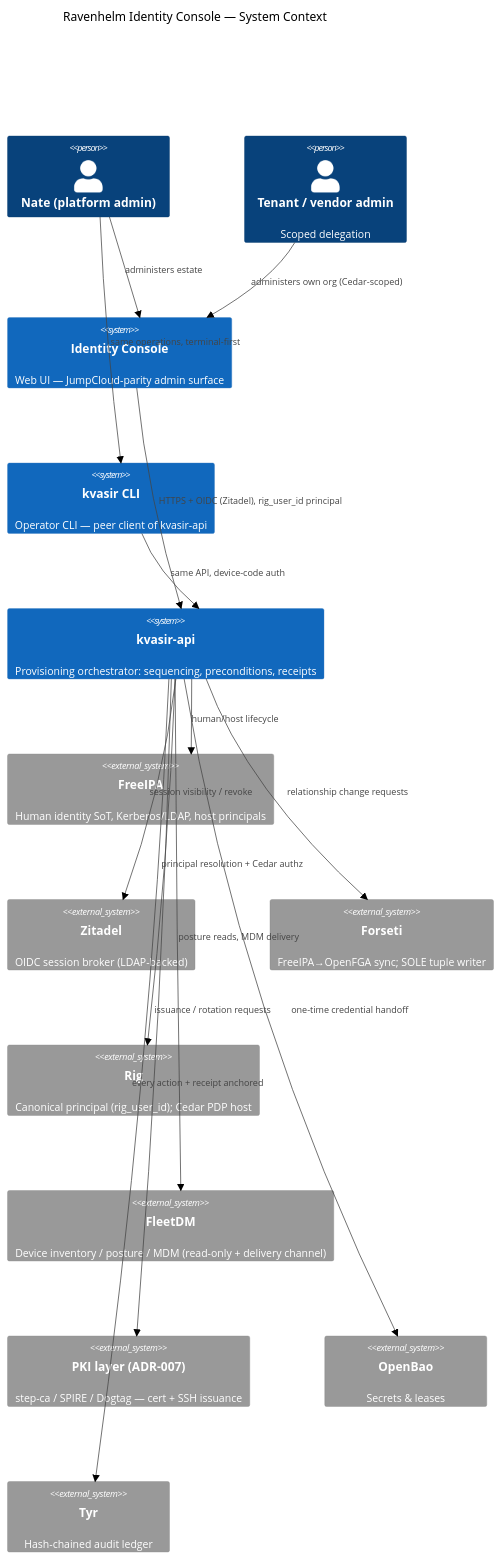
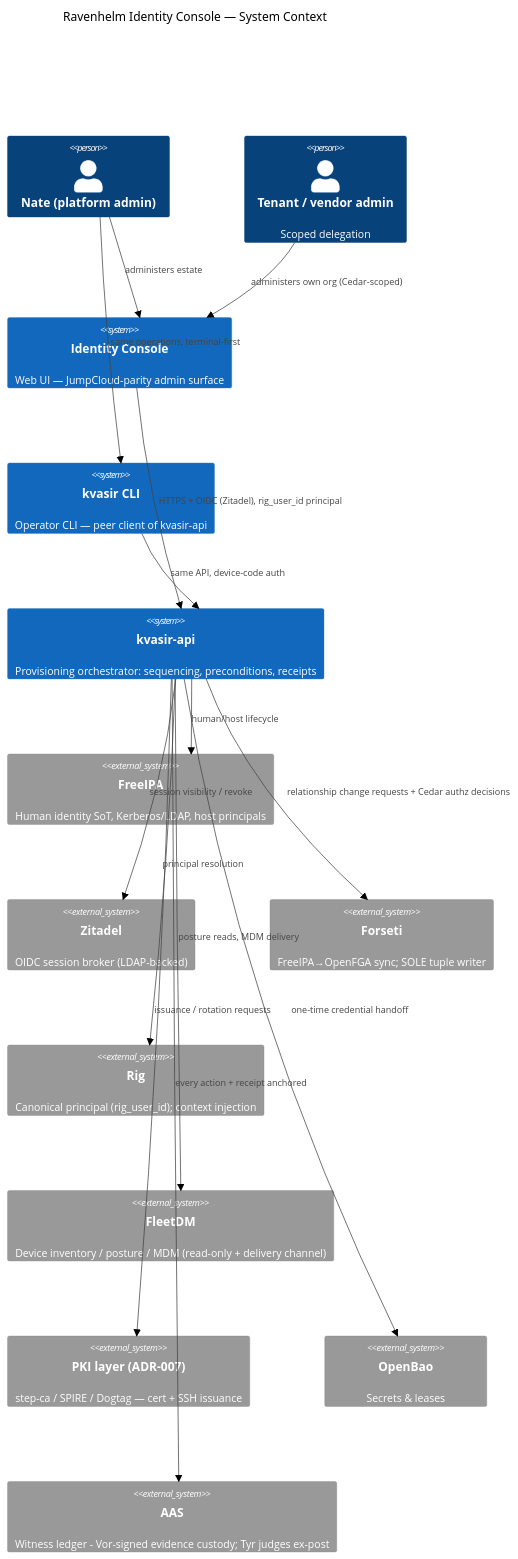
One commit to nwalker85/kvasir changed the first of 4 diagrams in docs/2026-08-02-identity-console-plan.md. Above: the diagram before and after it, drawn with Mermaid (forest theme). The commit also changed other lines of this file, not shown here.

````diff
--- a/docs/2026-08-02-identity-console-plan.md
+++ b/docs/2026-08-02-identity-console-plan.md
@@ -51,30 +54,30 @@
 ```mermaid
 C4Context
     title Ravenhelm Identity Console — System Context
     Person(nate, "Nate (platform admin)")
     Person(tenantAdmin, "Tenant / vendor admin", "Scoped delegation")
     System(console, "Identity Console", "Web UI — JumpCloud-parity admin surface")
     System(kvasirCli, "kvasir CLI", "Operator CLI — peer client of kvasir-api")
     System(kvasirApi, "kvasir-api", "Provisioning orchestrator: sequencing, preconditions, receipts")
     System_Ext(freeipa, "FreeIPA", "Human identity SoT, Kerberos/LDAP, host principals")
     System_Ext(zitadel, "Zitadel", "OIDC session broker (LDAP-backed)")
     System_Ext(forseti, "Forseti", "FreeIPA→OpenFGA sync; SOLE tuple writer")
-    System_Ext(rig, "Rig", "Canonical principal (rig_user_id); Cedar PDP host")
+    System_Ext(rig, "Rig", "Canonical principal (rig_user_id); context injection")
     System_Ext(fleet, "FleetDM", "Device inventory / posture / MDM (read-only + delivery channel)")
     System_Ext(pki, "PKI layer (ADR-007)", "step-ca / SPIRE / Dogtag — cert + SSH issuance")
     System_Ext(openbao, "OpenBao", "Secrets & leases")
-    System_Ext(tyr, "Tyr", "Hash-chained audit ledger")
+    System_Ext(tyr, "AAS", "Witness ledger - Vor-signed evidence custody; Tyr judges ex-post")
     Rel(nate, console, "administers estate")
     Rel(tenantAdmin, console, "administers own org (Cedar-scoped)")
     Rel(nate, kvasirCli, "same operations, terminal-first")
     Rel(console, kvasirApi, "HTTPS + OIDC (Zitadel), rig_user_id principal")
     Rel(kvasirCli, kvasirApi, "same API, device-code auth")
     Rel(kvasirApi, freeipa, "human/host lifecycle")
     Rel(kvasirApi, zitadel, "session visibility / revoke")
-    Rel(kvasirApi, forseti, "relationship change requests")
-    Rel(kvasirApi, rig, "principal resolution + Cedar authz")
+    Rel(kvasirApi, forseti, "relationship change requests + Cedar authz decisions")
+    Rel(kvasirApi, rig, "principal resolution")
     Rel(kvasirApi, fleet, "posture reads, MDM delivery")
     Rel(kvasirApi, pki, "issuance / rotation requests")
     Rel(kvasirApi, openbao, "one-time credential handoff")
     Rel(kvasirApi, tyr, "every action + receipt anchored")
 ```
````
